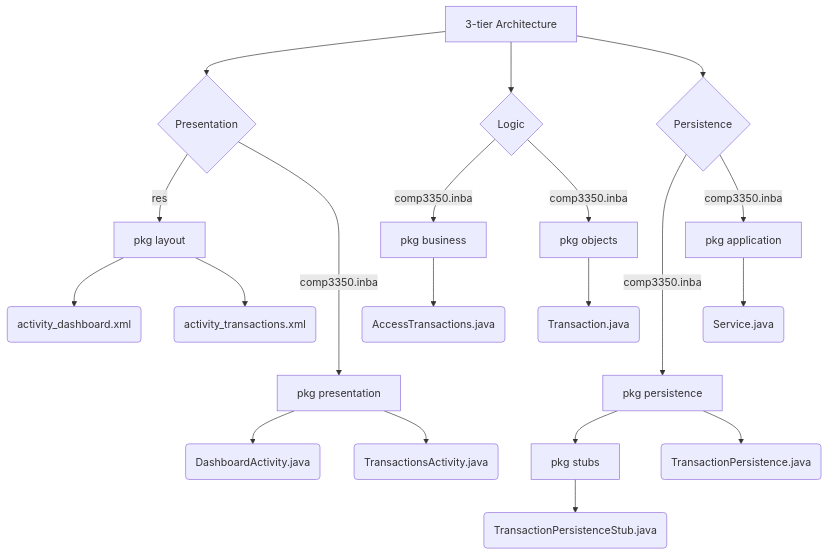
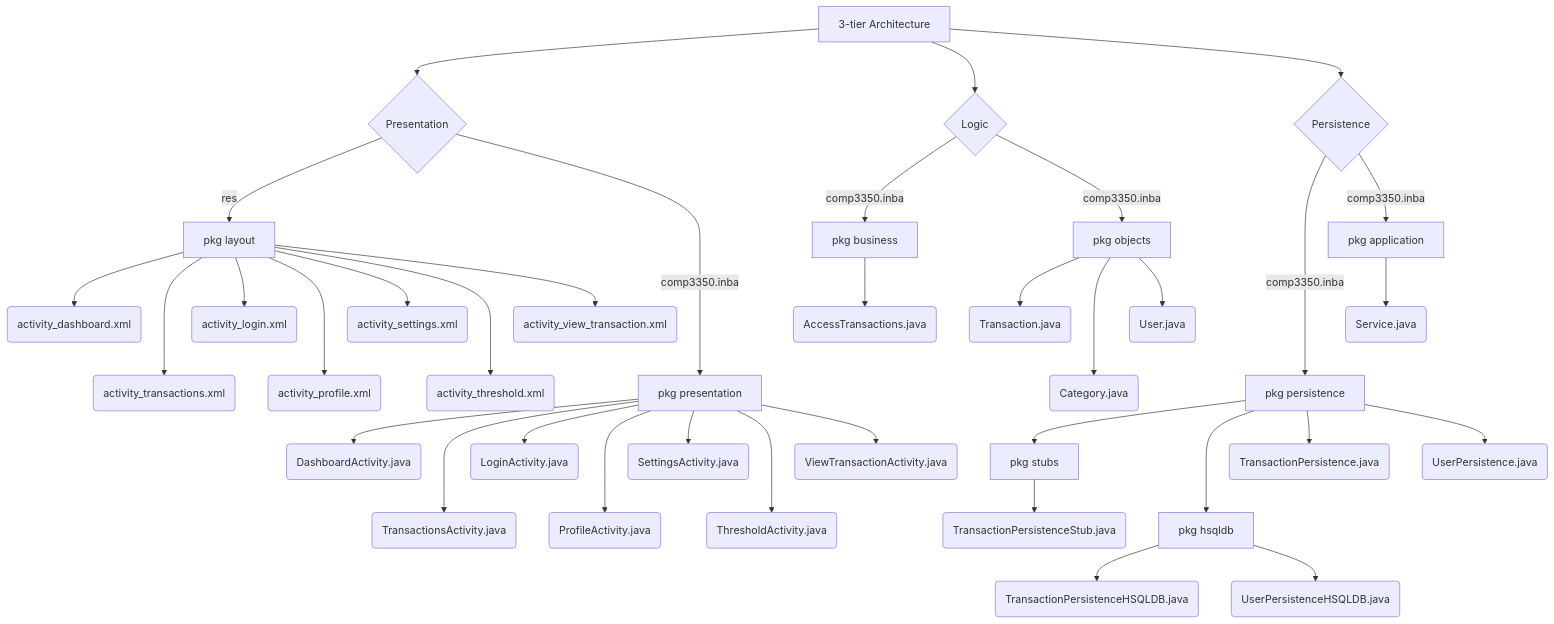
One commit to ElyonNosa/INBA changed the diagram in ARCHITECTURE.md. Above: the diagram before and after it, drawn with Mermaid.

````diff
--- a/ARCHITECTURE.md
+++ b/ARCHITECTURE.md
@@ -1,26 +1,42 @@
 ```mermaid
 graph TD
     A[3-tier Architecture]
     A --> PR{Presentation}
     A --> L{Logic}
     A --> PE{Persistence}
 
     PR --> |res| R[pkg layout]
     R --> ACTD(activity_dashboard.xml)
-    R --> ACTT(activity_transactions.xml)
+    R ---> ACTT(activity_transactions.xml)
+    R --> ACTL(activity_login.xml)
+    R ---> ACTP(activity_profile.xml)
+    R --> ACTS(activity_settings.xml)
+    R ---> ACTTH(activity_threshold.xml)
+    R --> ACTVT(activity_view_transaction.xml)
     PR ----> |comp3350.inba| PRES[pkg presentation]
     PRES --> DACT(DashboardActivity.java)
-    PRES --> TACT(TransactionsActivity.java)
+    PRES ---> TACT(TransactionsActivity.java)
+    PRES --> LACT(LoginActivity.java)
+    PRES ---> PACT(ProfileActivity.java)
+    PRES --> SACT(SettingsActivity.java)
+    PRES ---> THACT(ThresholdActivity.java)
+    PRES --> VTACT(ViewTransactionActivity.java)
 
     L --> |comp3350.inba| BUS[pkg business]
     BUS --> AT(AccessTransactions.java)
     L --> |comp3350.inba| OBJ[pkg objects]
     OBJ --> TRANS(Transaction.java)
+    OBJ ---> CAT(Category.java)
+    OBJ --> USER(User.java)
 
     PE ----> |comp3350.inba| PER[pkg persistence]
     PER --> STUB[pkg stubs]
+    PER ---> HSQLDB[pkg hsqldb]
     STUB --> TPS(TransactionPersistenceStub.java)
+    HSQLDB --> TPH(TransactionPersistenceHSQLDB.java)
+    HSQLDB --> UPH(UserPersistenceHSQLDB.java)
     PER --> TP(TransactionPersistence.java)
+    PER --> UP(UserPersistence.java)
     PE --> |comp3350.inba| APP[pkg application]
     APP --> SERV(Service.java)
 ```
````
